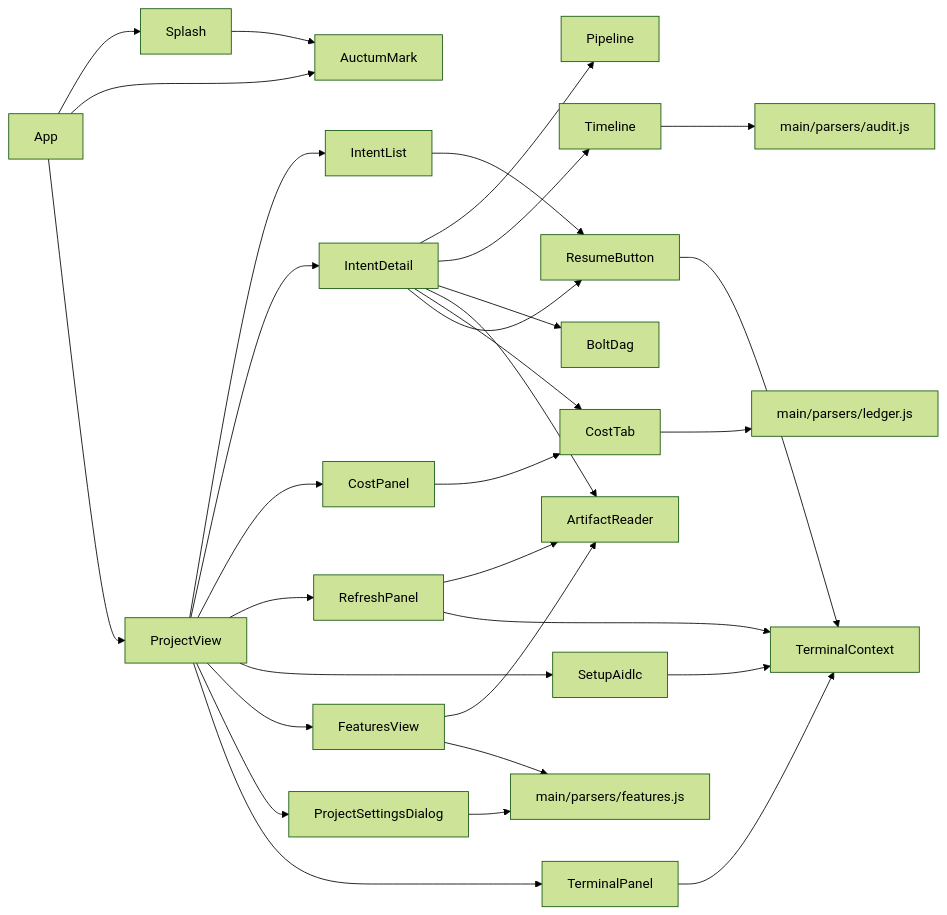
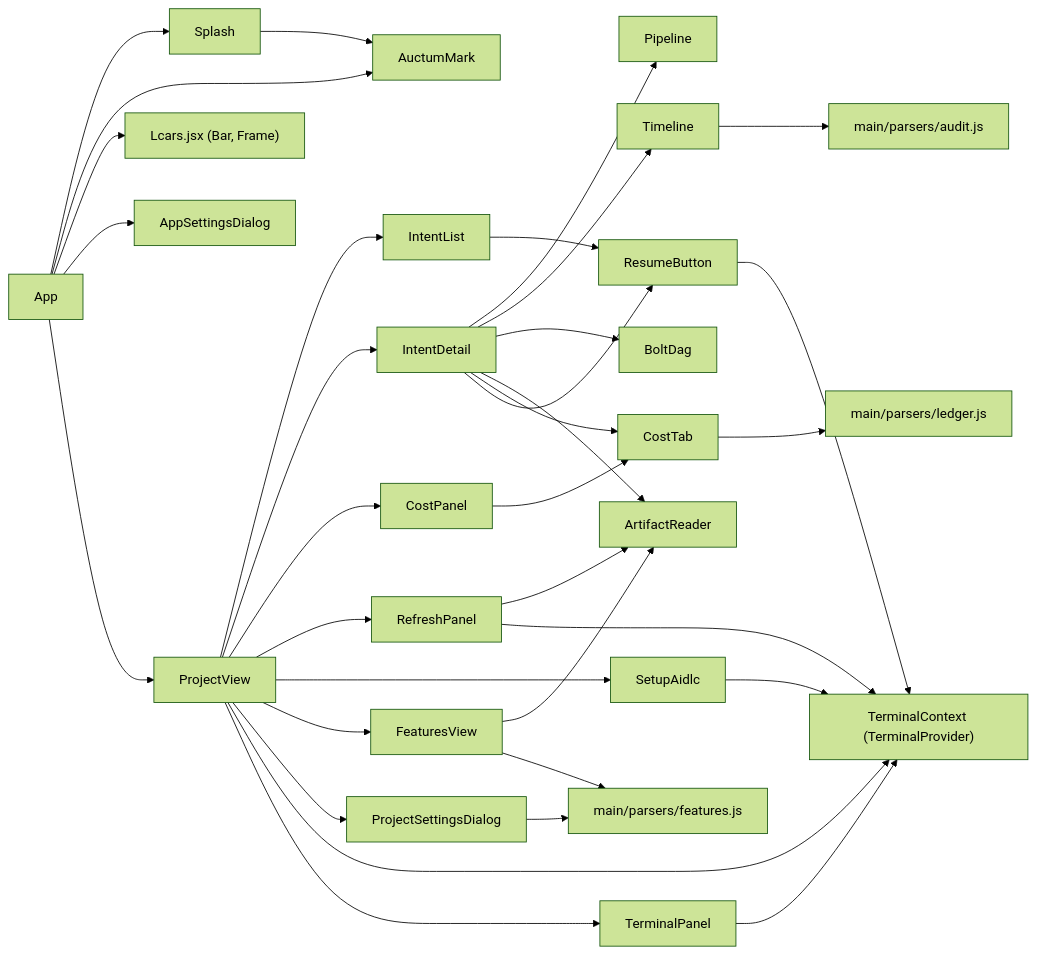
One commit to tochman/ai-dlc-thadeus changed the diagram in aidlc/spaces/default/codekb/aidlc-dash/dependencies.md. Above: the diagram before and after it, drawn with Mermaid (forest theme). The commit also changed other lines of this file and 62 other files, not shown here.

````diff
--- a/aidlc/spaces/default/codekb/aidlc-dash/dependencies.md
+++ b/aidlc/spaces/default/codekb/aidlc-dash/dependencies.md
@@ -26,27 +26,30 @@
 ```mermaid
 flowchart LR
   App --> Splash --> AuctumMark
   App --> AuctumMark
+  App --> Lcars["Lcars.jsx (Bar, Frame)"]
+  App --> AppSettingsDialog
   App --> ProjectView
   ProjectView --> IntentList --> ResumeButton
   ProjectView --> IntentDetail
   IntentDetail --> Pipeline
   IntentDetail --> Timeline
   IntentDetail --> BoltDag
   IntentDetail --> ArtifactReader
   IntentDetail --> CostTab
   IntentDetail --> ResumeButton
   ProjectView --> CostPanel --> CostTab
   ProjectView --> RefreshPanel --> ArtifactReader
   ProjectView --> SetupAidlc
   ProjectView --> FeaturesView --> ArtifactReader
   ProjectView --> ProjectSettingsDialog
-  ProjectView --> TerminalPanel --> TerminalContext
-  ResumeButton --> TerminalContext
-  RefreshPanel --> TerminalContext
-  SetupAidlc --> TerminalContext
+  ProjectView --> TerminalProvider["TerminalContext (TerminalProvider)"]
+  ProjectView --> TerminalPanel --> TerminalProvider
+  ResumeButton --> TerminalProvider
+  RefreshPanel --> TerminalProvider
+  SetupAidlc --> TerminalProvider
   Timeline --> AuditParser["main/parsers/audit.js"]
   CostTab --> LedgerParser["main/parsers/ledger.js"]
   FeaturesView --> FeaturesParser["main/parsers/features.js"]
   ProjectSettingsDialog --> FeaturesParser
 ```
````
